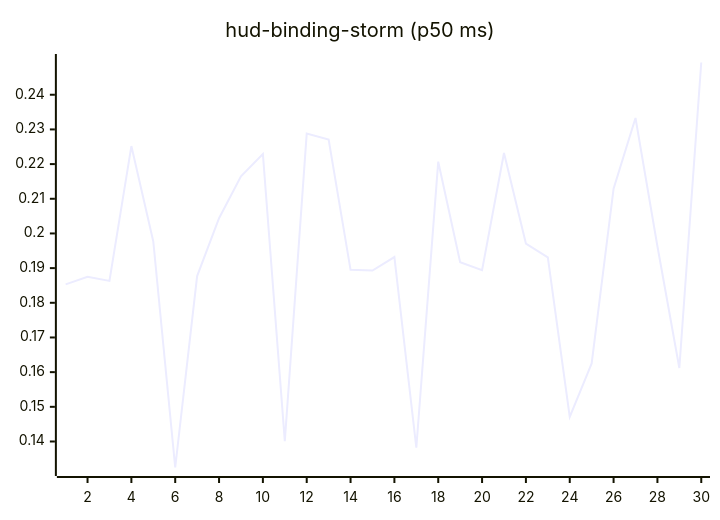
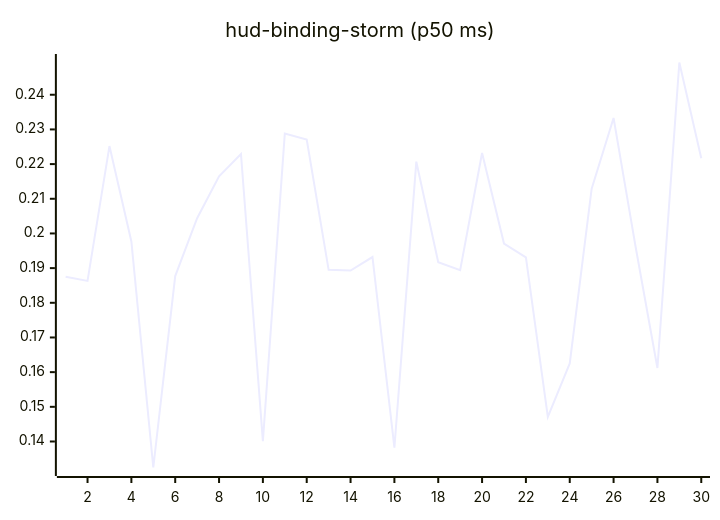
The tenth of 27 diagrams in README.md (josha/Facet), drawn with Mermaid before and after one commit. The commit also changed other lines of this file and 2 other files, not shown here.

````diff
--- a/README.md
+++ b/README.md
@@ -126,6 +126,6 @@
 ```mermaid
 xychart-beta
     title "hud-binding-storm (p50 ms)"
     x-axis 1 --> 30
-    line [0.1853, 0.1875, 0.1863, 0.2252, 0.1977, 0.1325, 0.1877, 0.2044, 0.2165, 0.2229, 0.1401, 0.2288, 0.2271, 0.1895, 0.1893, 0.1932, 0.1382, 0.2207, 0.1917, 0.1894, 0.2232, 0.1971, 0.1931, 0.1471, 0.1625, 0.2129, 0.2333, 0.1963, 0.1612, 0.2493]
+    line [0.1875, 0.1863, 0.2252, 0.1977, 0.1325, 0.1877, 0.2044, 0.2165, 0.2229, 0.1401, 0.2288, 0.2271, 0.1895, 0.1893, 0.1932, 0.1382, 0.2207, 0.1917, 0.1894, 0.2232, 0.1971, 0.1931, 0.1471, 0.1625, 0.2129, 0.2333, 0.1963, 0.1612, 0.2493, 0.2217]
 ```
````
